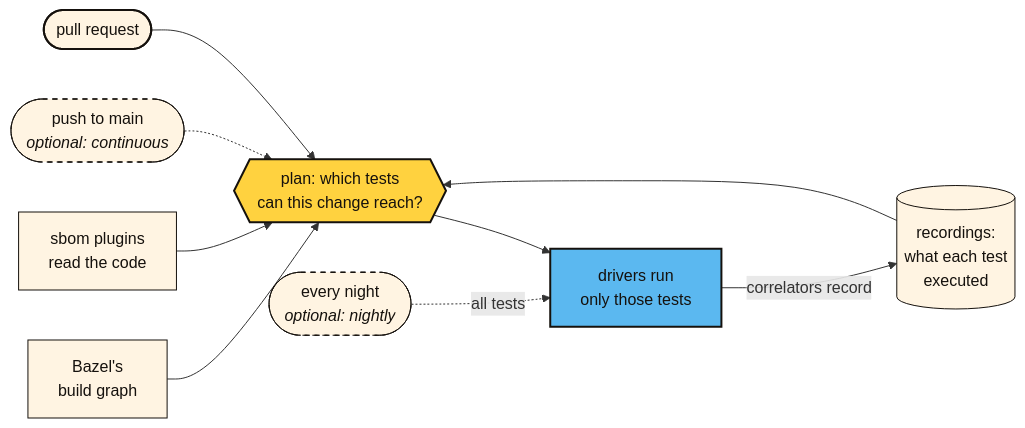
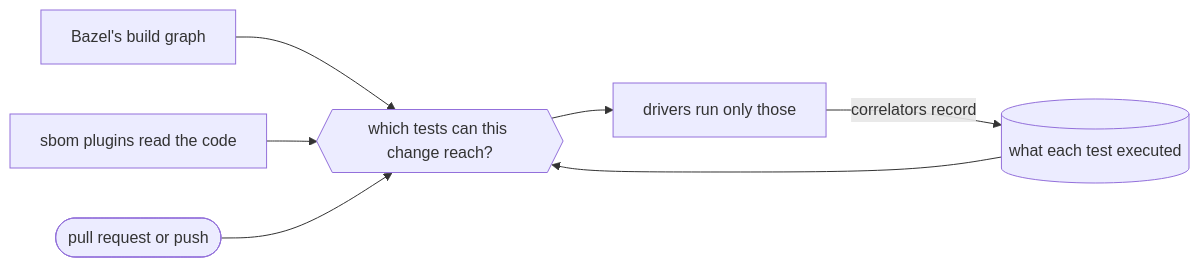
One commit to sideways-works/pipelinegen changed the diagram in README.md. Above: the diagram before and after it, drawn with Mermaid. The commit also changed other lines of this file, not shown here.

Commit message:
docs: a README a newcomer can read in a minute and try

````diff
--- a/README.md
+++ b/README.md
@@ -66,21 +53,9 @@
 ```mermaid
 flowchart LR
-    bazel[Bazel's<br/>build graph] --> plan
-    code[sbom plugins<br/>read the code] --> plan
-    continuous([push to main<br/><i>optional: continuous</i>]) -.-> plan
-    pr([pull request]) --> plan
-    recordings[(recordings:<br/>what each test<br/>executed)] --> plan
-    plan{{plan: which tests<br/>can this change reach?}} --> run[drivers run<br/>only those tests]
-    nightly([every night<br/><i>optional: nightly</i>]) -.->|all tests| run
+    bazel[Bazel's build graph] --> plan
+    code[sbom plugins read the code] --> plan
+    recordings[(what each test executed)] --> plan
+    change([pull request or push]) --> plan
+    plan{{which tests can this change reach?}} --> run[drivers run only those]
     run -->|correlators record| recordings
-    classDef source fill:#FFF4E2,stroke:#15110D,color:#15110D
-    classDef trigger fill:#FFF4E2,stroke:#15110D,color:#15110D,stroke-width:2px
-    classDef optional fill:#FFF4E2,stroke:#15110D,color:#15110D,stroke-dasharray: 5 5
-    classDef plan fill:#FFD23F,stroke:#15110D,color:#15110D,stroke-width:2px
-    classDef run fill:#5BB8F0,stroke:#15110D,color:#15110D,stroke-width:2px
-    class bazel,code,recordings source
-    class pr trigger
-    class continuous,nightly optional
-    class plan plan
-    class run run
 ```
````
